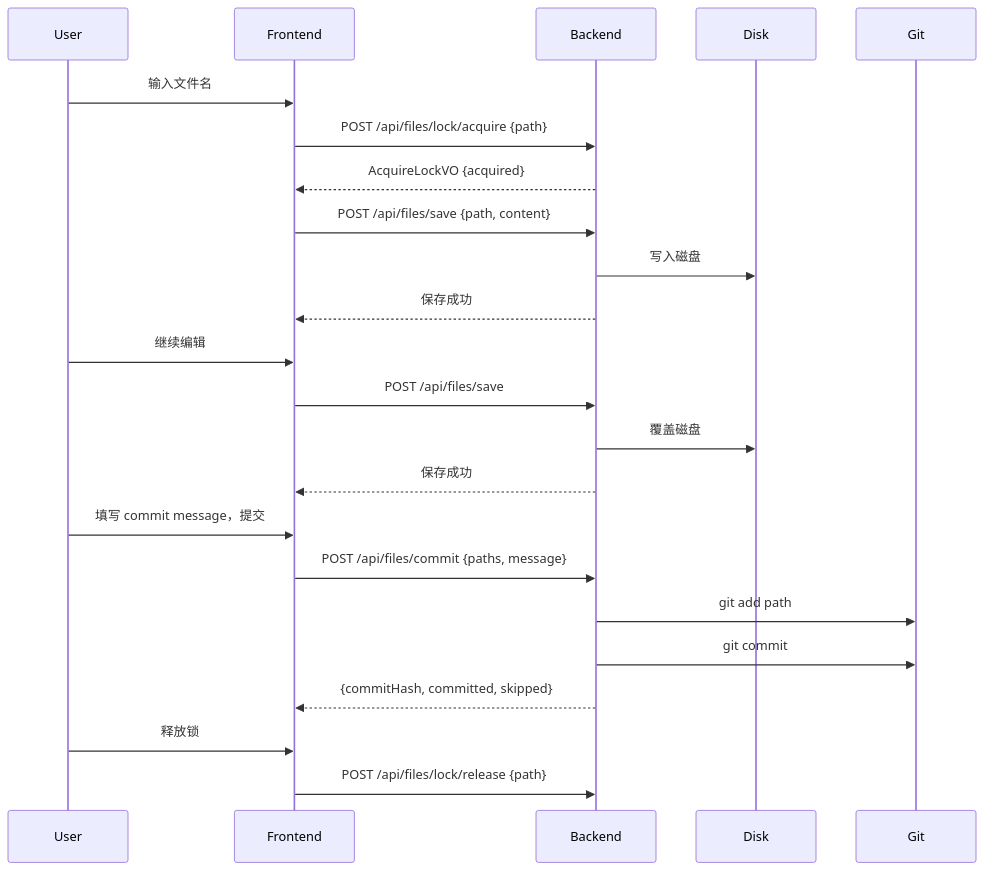
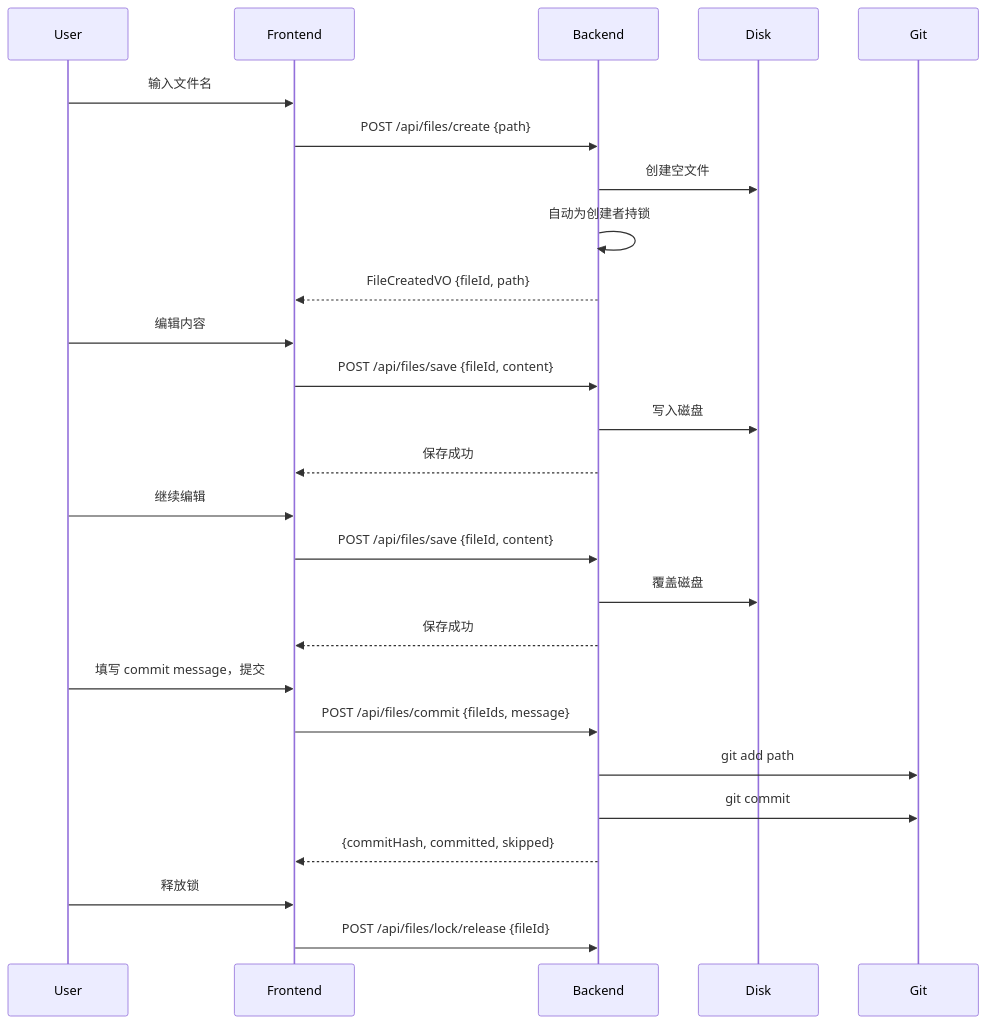
The first of 8 diagrams in docs/backend/file-system-spec.md (tonyabasy/lanting-stream-ce), drawn with Mermaid before and after one commit. The commit also changed other lines of this file and 34 other files, not shown here.

````diff
--- a/docs/backend/file-system-spec.md
+++ b/docs/backend/file-system-spec.md
@@ -185,26 +187,29 @@
 ```mermaid
 sequenceDiagram
     participant U as User
     participant F as Frontend
     participant B as Backend
     participant D as Disk
     participant G as Git
 
     U->>F: 输入文件名
-    F->>B: POST /api/files/lock/acquire {path}
-    B-->>F: AcquireLockVO {acquired}
-    F->>B: POST /api/files/save {path, content}
+    F->>B: POST /api/files/create {path}
+    B->>D: 创建空文件
+    B->>B: 自动为创建者持锁
+    B-->>F: FileCreatedVO {fileId, path}
+    U->>F: 编辑内容
+    F->>B: POST /api/files/save {fileId, content}
     B->>D: 写入磁盘
     B-->>F: 保存成功
     U->>F: 继续编辑
-    F->>B: POST /api/files/save
+    F->>B: POST /api/files/save {fileId, content}
     B->>D: 覆盖磁盘
     B-->>F: 保存成功
     U->>F: 填写 commit message，提交
-    F->>B: POST /api/files/commit {paths, message}
+    F->>B: POST /api/files/commit {fileIds, message}
     B->>G: git add path
     B->>G: git commit
     B-->>F: {commitHash, committed, skipped}
     U->>F: 释放锁
-    F->>B: POST /api/files/lock/release {path}
+    F->>B: POST /api/files/lock/release {fileId}
 ```
````
